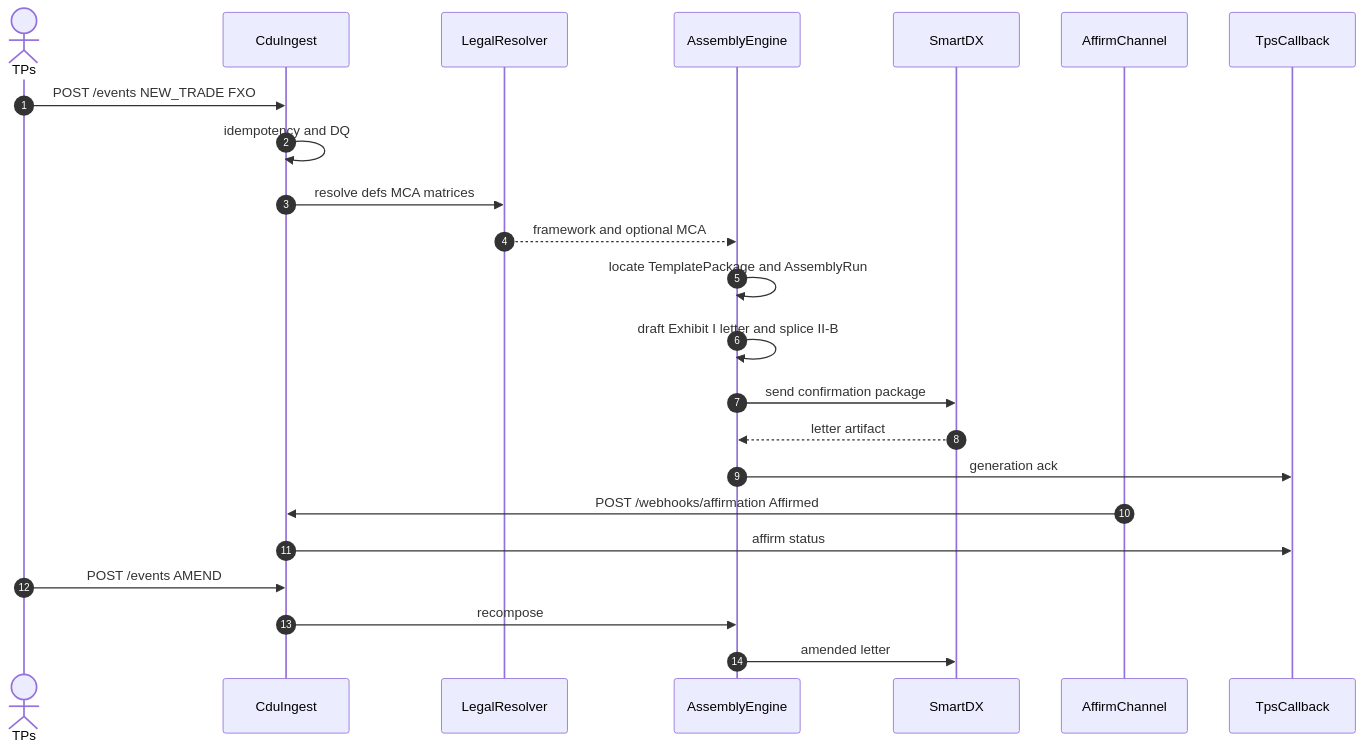
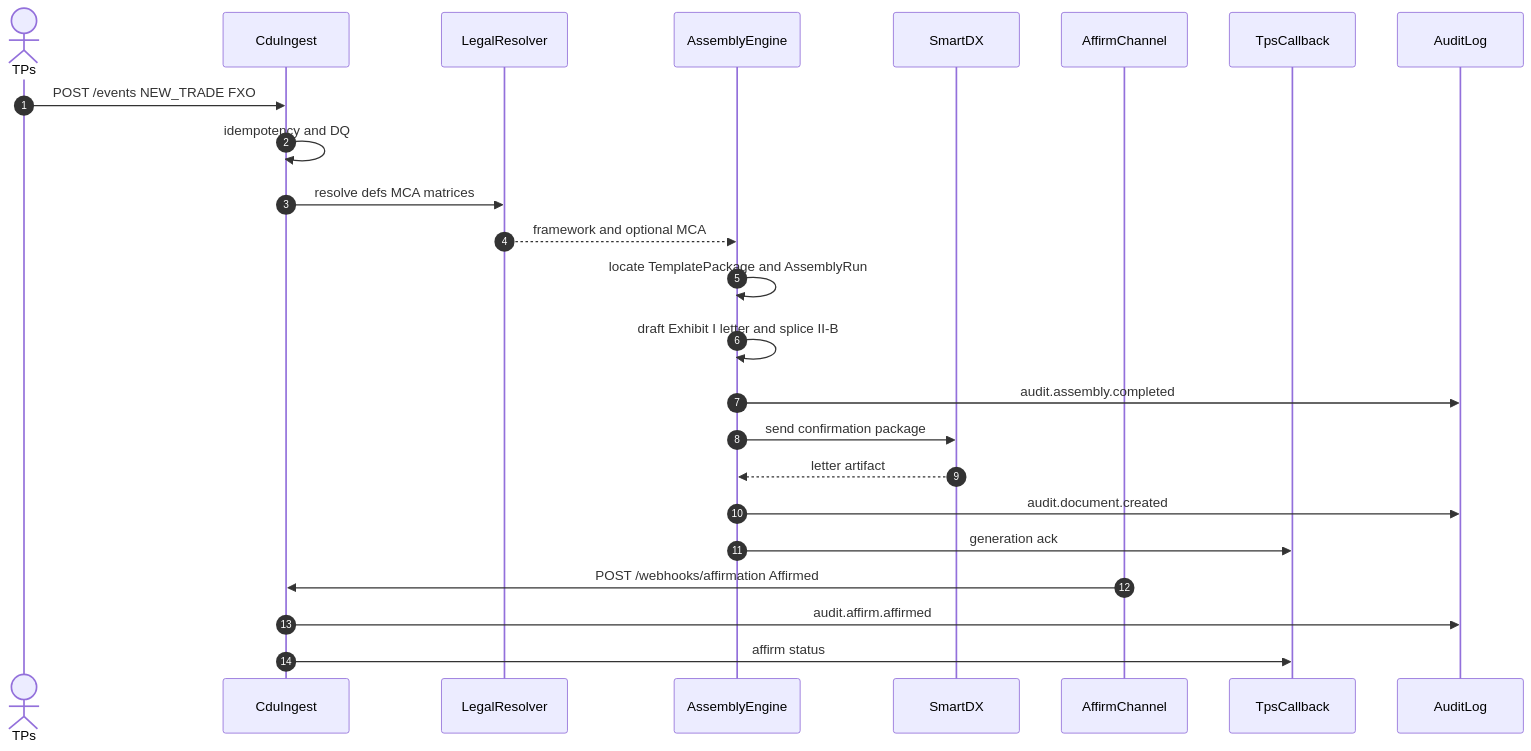
One commit to dae-nan/con4m8ions changed diagram 13 of 17 in docs/prd-cdu-ps-v1.md. Above: the diagram before and after it, drawn with Mermaid. The commit also changed other lines of this file and 5 other files, not shown here.

First line of the commit message:
PRD v1.4: explainers out, story-map mermaid, manual draft, audit

````diff
--- a/docs/prd-cdu-ps-v1.md
+++ b/docs/prd-cdu-ps-v1.md
@@ -568,28 +659,28 @@
 ```mermaid
 sequenceDiagram
   autonumber
   actor TPs
   participant Ingest as CduIngest
   participant Legal as LegalResolver
   participant Eng as AssemblyEngine
   participant SDX as SmartDX
   participant Affirm as AffirmChannel
   participant CB as TpsCallback
+  participant Audit as AuditLog
 
   TPs->>Ingest: POST /events NEW_TRADE FXO
   Ingest->>Ingest: idempotency and DQ
   Ingest->>Legal: resolve defs MCA matrices
   Legal-->>Eng: framework and optional MCA
   Eng->>Eng: locate TemplatePackage and AssemblyRun
   Eng->>Eng: draft Exhibit I letter and splice II-B
+  Eng->>Audit: audit.assembly.completed
   Eng->>SDX: send confirmation package
   SDX-->>Eng: letter artifact
+  Eng->>Audit: audit.document.created
   Eng->>CB: generation ack
 
   Affirm->>Ingest: POST /webhooks/affirmation Affirmed
+  Ingest->>Audit: audit.affirm.affirmed
   Ingest->>CB: affirm status
-
-  TPs->>Ingest: POST /events AMEND
-  Ingest->>Eng: recompose
-  Eng->>SDX: amended letter
 ```
````
